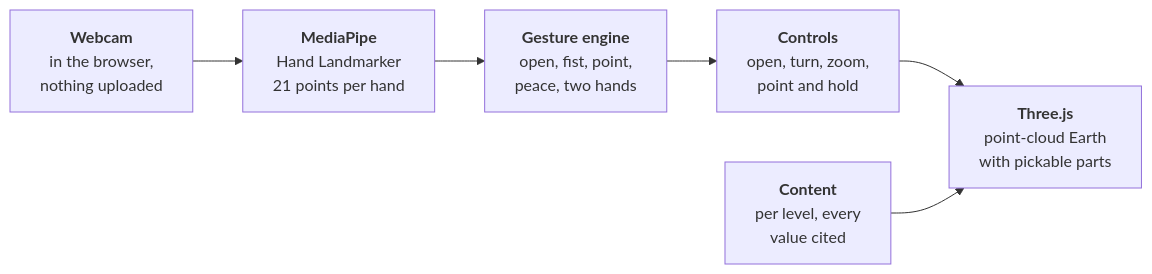
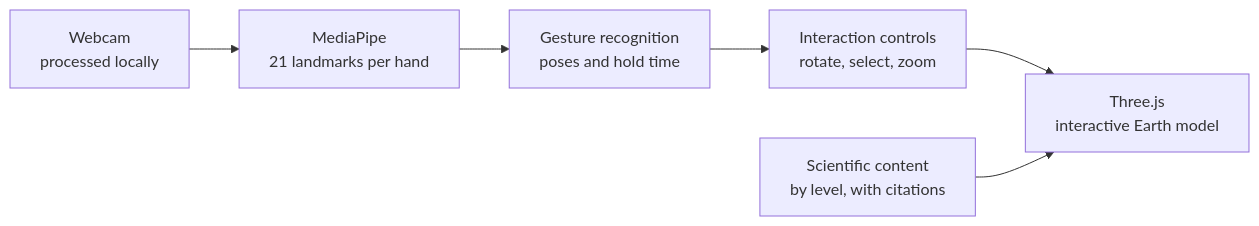
One commit to IbaadGEO/geohand changed the diagram in README.md. Above: the diagram before and after it, drawn with Mermaid. The commit also changed other lines of this file, not shown here.

Commit message:
docs: rewrite GeoHand README for clear scientific tone

````diff
--- a/README.md
+++ b/README.md
@@ -101,8 +108,8 @@
 ```mermaid
 flowchart LR
-  A["<b>Webcam</b><br/>in the browser,<br/>nothing uploaded"] --> B["<b>MediaPipe</b><br/>Hand Landmarker<br/>21 points per hand"]
-  B --> C["<b>Gesture engine</b><br/>open, fist, point,<br/>peace, two hands"]
-  C --> D["<b>Controls</b><br/>open, turn, zoom,<br/>point and hold"]
-  D --> E["<b>Three.js</b><br/>point-cloud Earth<br/>with pickable parts"]
-  F["<b>Content</b><br/>per level, every<br/>value cited"] --> E
+  A["Webcam<br/>processed locally"] --> B["MediaPipe<br/>21 landmarks per hand"]
+  B --> C["Gesture recognition<br/>poses and hold time"]
+  C --> D["Interaction controls<br/>rotate, select, zoom"]
+  D --> E["Three.js<br/>interactive Earth model"]
+  F["Scientific content<br/>by level, with citations"] --> E
 ```
````
